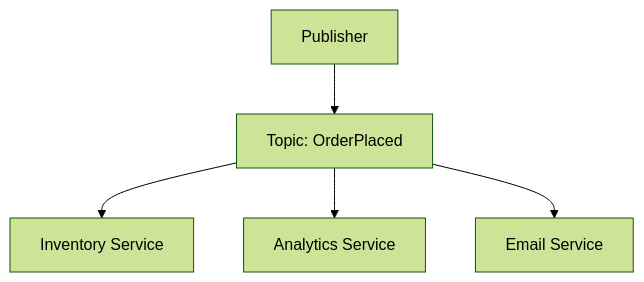
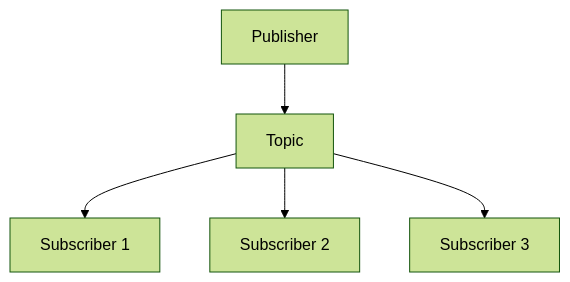
The fourth of 28 diagrams in 06-messaging-and-events/README.md (hareramcse/SystemDesign), drawn with Mermaid (forest theme) before and after one commit. The commit also changed other lines of this file, not shown here.

````diff
--- a/06-messaging-and-events/README.md
+++ b/06-messaging-and-events/README.md
@@ -144,7 +433,7 @@
 ```mermaid
 flowchart TB
-    Pub[Publisher] --> Topic["Topic: OrderPlaced"]
-    Topic --> Sub1[Inventory Service]
-    Topic --> Sub2[Analytics Service]
-    Topic --> Sub3[Email Service]
+    Pub[Publisher] --> Topic[Topic]
+    Topic --> Sub1[Subscriber 1]
+    Topic --> Sub2[Subscriber 2]
+    Topic --> Sub3[Subscriber 3]
 ```
````
